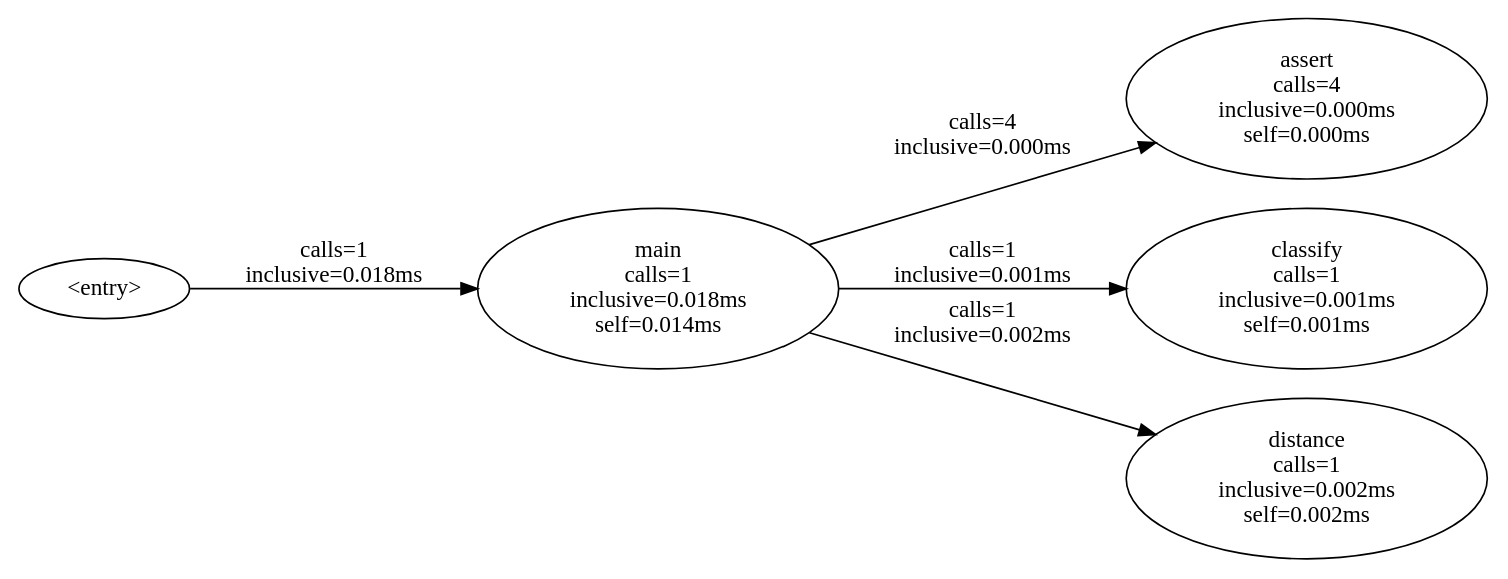
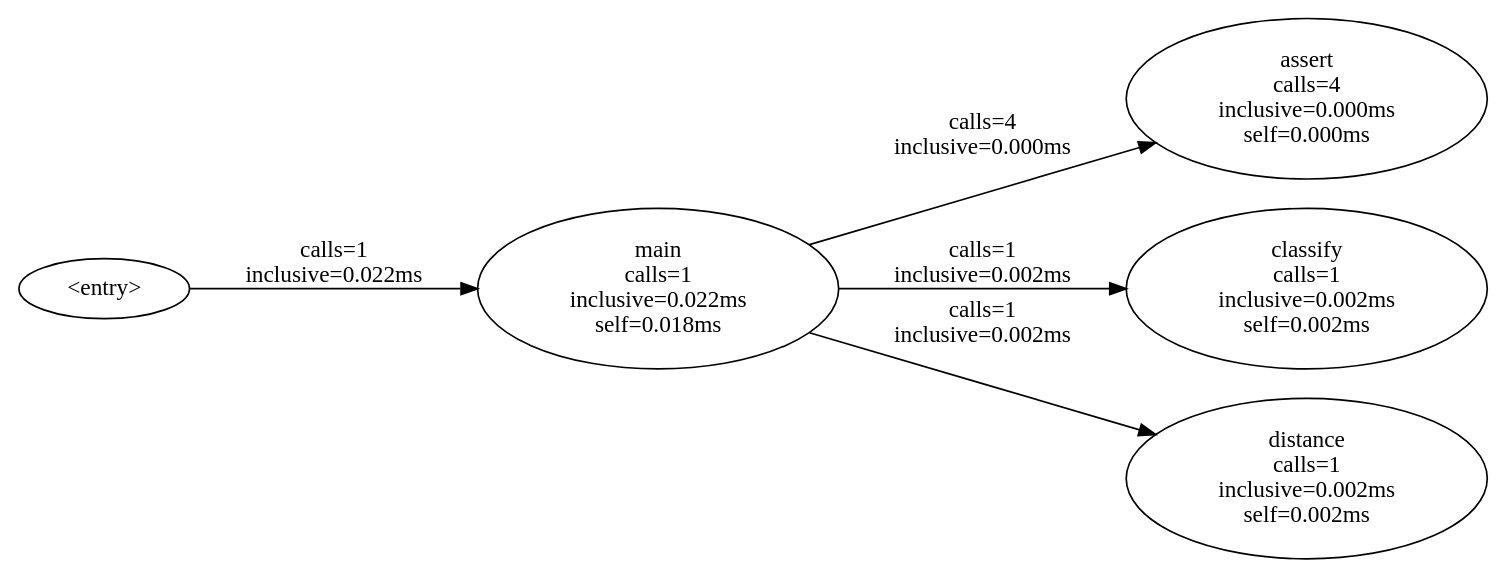
The diagram in metel-interpreter/docs/benchmarks/v0.8.2-evaluator-integration/int_07_pub_declarations.mtl.callgraph.dot (gust-lang/gust), drawn with Graphviz before and after one commit. The commit also changed 30 other files, not shown here.

```diff
--- a/metel-interpreter/docs/benchmarks/v0.8.2-evaluator-integration/int_07_pub_declarations.mtl.callgraph.dot
+++ b/metel-interpreter/docs/benchmarks/v0.8.2-evaluator-integration/int_07_pub_declarations.mtl.callgraph.dot
@@ -1,11 +1,11 @@
 digraph metel_callgraph {
   rankdir=LR;
   "assert" [label="assert\ncalls=4\ninclusive=0.000ms\nself=0.000ms"];
-  "classify" [label="classify\ncalls=1\ninclusive=0.001ms\nself=0.001ms"];
+  "classify" [label="classify\ncalls=1\ninclusive=0.002ms\nself=0.002ms"];
   "distance" [label="distance\ncalls=1\ninclusive=0.002ms\nself=0.002ms"];
-  "main" [label="main\ncalls=1\ninclusive=0.018ms\nself=0.014ms"];
-  "<entry>" -> "main" [label="calls=1\ninclusive=0.018ms"];
+  "main" [label="main\ncalls=1\ninclusive=0.022ms\nself=0.018ms"];
+  "<entry>" -> "main" [label="calls=1\ninclusive=0.022ms"];
   "main" -> "assert" [label="calls=4\ninclusive=0.000ms"];
-  "main" -> "classify" [label="calls=1\ninclusive=0.001ms"];
+  "main" -> "classify" [label="calls=1\ninclusive=0.002ms"];
   "main" -> "distance" [label="calls=1\ninclusive=0.002ms"];
 }
```
